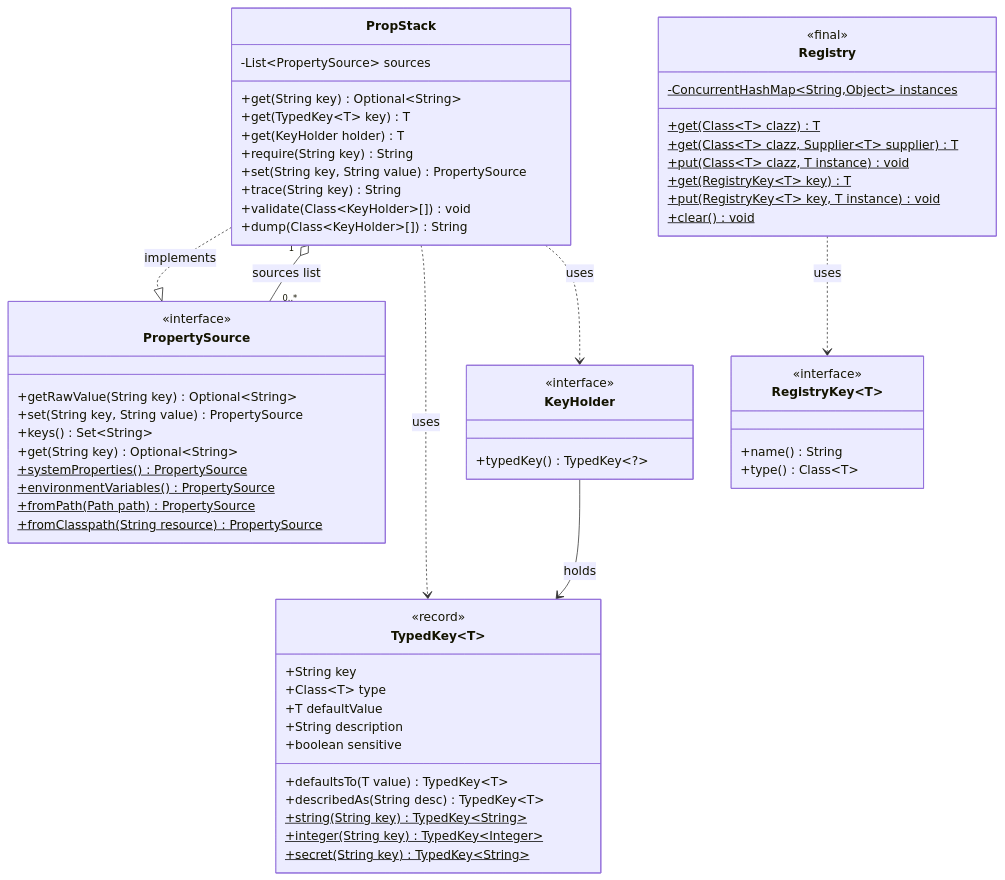
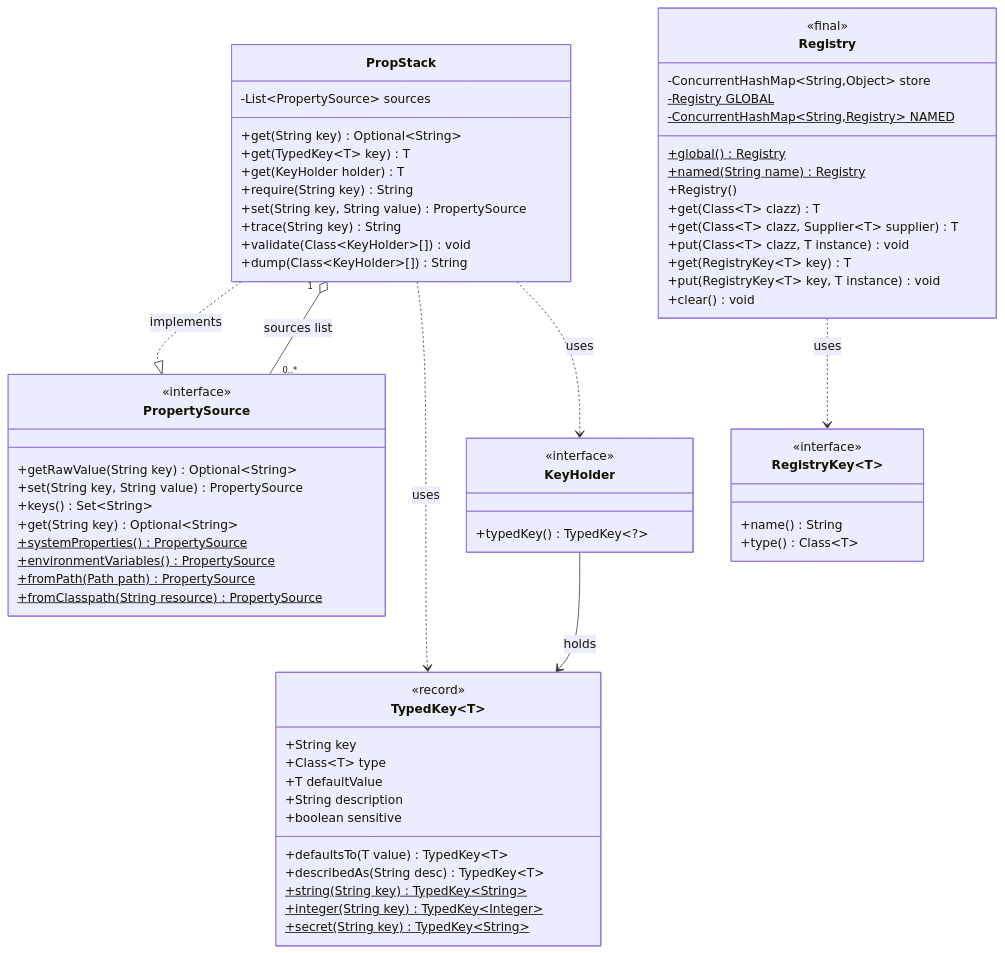
One commit to opaopa6969/propstack changed the third of 7 diagrams in spec/SPEC.md. Above: the diagram before and after it, drawn with Mermaid. The commit also changed other lines of this file and 11 other files, not shown here.

````diff
--- a/spec/SPEC.md
+++ b/spec/SPEC.md
@@ -473,69 +478,74 @@
 ```mermaid
 classDiagram
     class PropStack {
         -List~PropertySource~ sources
         +get(String key) Optional~String~
         +get(TypedKey~T~ key) T
         +get(KeyHolder holder) T
         +require(String key) String
         +set(String key, String value) PropertySource
         +trace(String key) String
         +validate(Class~KeyHolder~[]) void
         +dump(Class~KeyHolder~[]) String
     }
 
     class TypedKey~T~ {
         <<record>>
         +String key
         +Class~T~ type
         +T defaultValue
         +String description
         +boolean sensitive
         +defaultsTo(T value) TypedKey~T~
         +describedAs(String desc) TypedKey~T~
         +string(String key)$ TypedKey~String~
         +integer(String key)$ TypedKey~Integer~
         +secret(String key)$ TypedKey~String~
     }
 
     class PropertySource {
         <<interface>>
         +getRawValue(String key) Optional~String~
         +set(String key, String value) PropertySource
         +keys() Set~String~
         +get(String key) Optional~String~
         +systemProperties()$ PropertySource
         +environmentVariables()$ PropertySource
         +fromPath(Path path)$ PropertySource
         +fromClasspath(String resource)$ PropertySource
     }
 
     class Registry {
         <<final>>
-        -ConcurrentHashMap~String,Object~ instances$
-        +get(Class~T~ clazz)$ T
-        +get(Class~T~ clazz, Supplier~T~ supplier)$ T
-        +put(Class~T~ clazz, T instance)$ void
-        +get(RegistryKey~T~ key)$ T
-        +put(RegistryKey~T~ key, T instance)$ void
-        +clear()$ void
+        -ConcurrentHashMap~String,Object~ store
+        -Registry GLOBAL$
+        -ConcurrentHashMap~String,Registry~ NAMED$
+        +global()$ Registry
+        +named(String name)$ Registry
+        +Registry()
+        +get(Class~T~ clazz) T
+        +get(Class~T~ clazz, Supplier~T~ supplier) T
+        +put(Class~T~ clazz, T instance) void
+        +get(RegistryKey~T~ key) T
+        +put(RegistryKey~T~ key, T instance) void
+        +clear() void
     }
 
     class KeyHolder {
         <<interface>>
         +typedKey() TypedKey~?~
     }
 
     class RegistryKey~T~ {
         <<interface>>
         +name() String
         +type() Class~T~
     }
 
     PropStack ..|> PropertySource : implements
     PropStack "1" o-- "0..*" PropertySource : sources list
     PropStack ..> TypedKey : uses
     PropStack ..> KeyHolder : uses
     KeyHolder --> TypedKey : holds
     Registry ..> RegistryKey : uses
 ```
````
